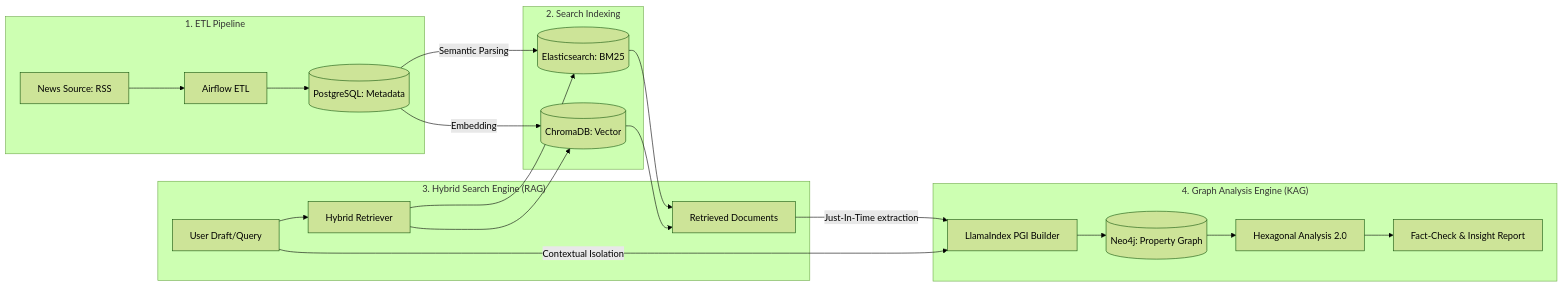
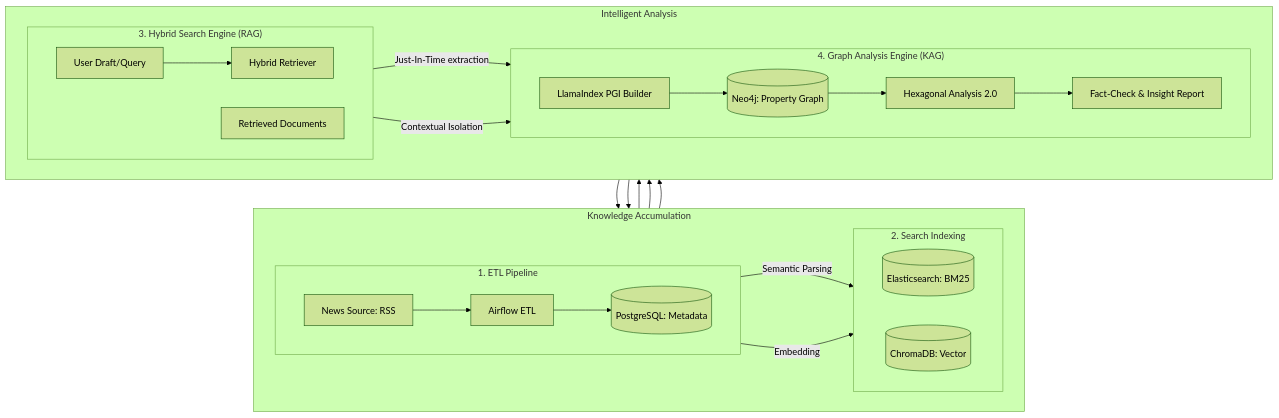
Before and after one commit to hyos0415/KAG_LlamaIndex: the diagram in README.md, drawn with Mermaid (forest theme). The commit also changed 1 other file, not shown here.

Commit message:
fix : 포트폴리오 최적화를 위한 다이어그램 레이아웃 재배치 (2x2)

````diff
--- a/README.md
+++ b/README.md
@@ -19,27 +19,40 @@
 ```mermaid
-graph LR
-    subgraph "1. ETL Pipeline"
-        A[News Source: RSS] --> B[Airflow ETL]
-        B --> C[(PostgreSQL: Metadata)]
+graph TD
+    subgraph Row1 [Knowledge Accumulation]
+        direction LR
+        subgraph "1. ETL Pipeline"
+            direction LR
+            A[News Source: RSS] --> B[Airflow ETL]
+            B --> C[(PostgreSQL: Metadata)]
+        end
+
+        subgraph "2. Search Indexing"
+            direction LR
+            C -- "Semantic Parsing" --> D[(Elasticsearch: BM25)]
+            C -- "Embedding" --> E[(ChromaDB: Vector)]
+        end
     end
 
-    subgraph "2. Search Indexing"
-        C -- "Semantic Parsing" --> D[(Elasticsearch: BM25)]
-        C -- "Embedding" --> E[(ChromaDB: Vector)]
+    subgraph Row2 [Intelligent Analysis]
+        direction LR
+        subgraph "3. Hybrid Search Engine (RAG)"
+            direction LR
+            F[User Draft/Query] --> G[Hybrid Retriever]
+            G --> D
+            G --> E
+            D & E --> H[Retrieved Documents]
+        end
+
+        subgraph "4. Graph Analysis Engine (KAG)"
+            direction LR
+            H -- "Just-In-Time extraction" --> I[LlamaIndex PGI Builder]
+            F -- "Contextual Isolation" --> I
+            I --> J[(Neo4j: Property Graph)]
+            J --> K[Hexagonal Analysis 2.0]
+            K --> L[Fact-Check & Insight Report]
+        end
     end
 
-    subgraph "3. Hybrid Search Engine (RAG)"
-        F[User Draft/Query] --> G[Hybrid Retriever]
-        G --> D
-        G --> E
-        D & E --> H[Retrieved Documents]
-    end
-
-    subgraph "4. Graph Analysis Engine (KAG)"
-        H -- "Just-In-Time extraction" --> I[LlamaIndex PGI Builder]
-        F -- "Contextual Isolation" --> I
-        I --> J[(Neo4j: Property Graph)]
-        J --> K[Hexagonal Analysis 2.0]
-        K --> L[Fact-Check & Insight Report]
-    end
+    %% Flow
+    Row1 --> Row2
 ```
````
